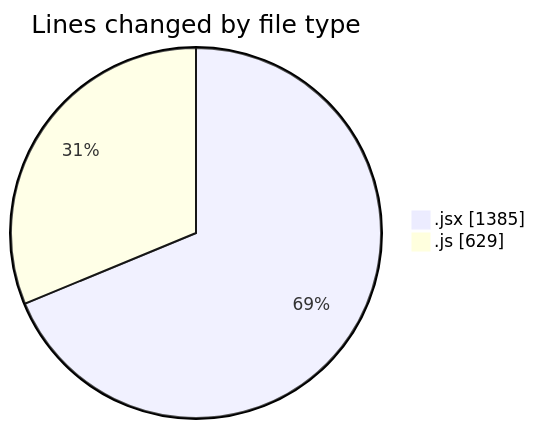
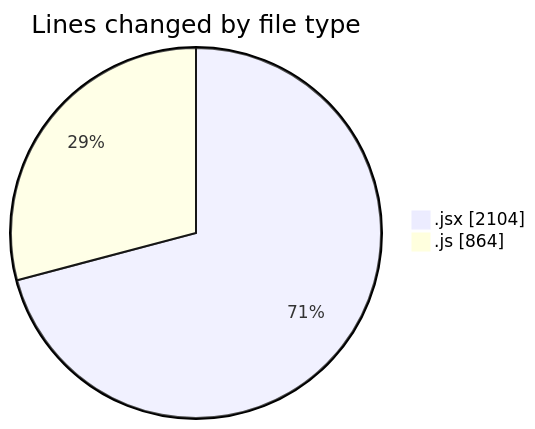
One commit to nxtqubesakshisongat/code-tracking changed the first of 2 diagrams in 2025-11-21/nxtqube_webapp/README.md. Above: the diagram before and after it, drawn with Mermaid. The commit also changed other lines of this file and 1 other file, not shown here.

````diff
--- a/2025-11-21/nxtqube_webapp/README.md
+++ b/2025-11-21/nxtqube_webapp/README.md
@@ -24,6 +28,6 @@
 ```mermaid
 pie showData
 title Lines changed by file type
-".jsx" : 1385
-".js" : 629
+".jsx" : 2104
+".js" : 864
 ```
````
